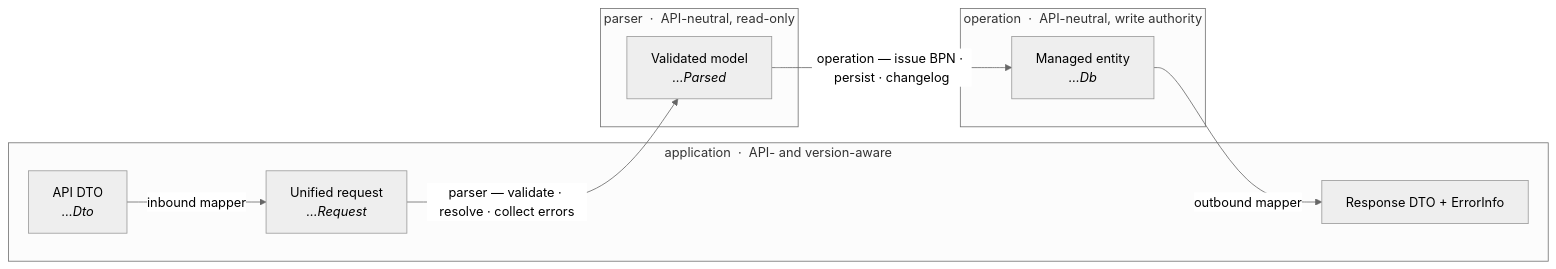
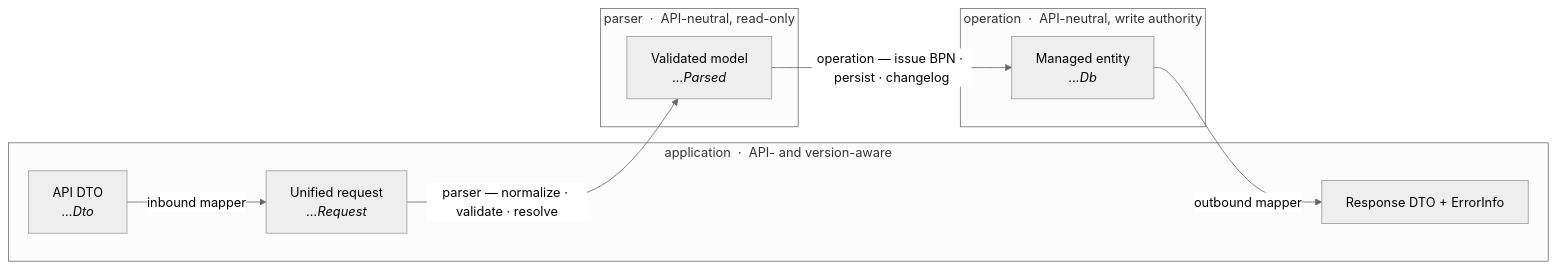
Before and after one commit to eclipse-tractusx/bpdm: the first of 2 diagrams in docs/developer/application-code-guide.md, drawn with Mermaid (neutral theme). The commit also changed other lines of this file and 30 other files, not shown here.

````diff
--- a/docs/developer/application-code-guide.md
+++ b/docs/developer/application-code-guide.md
@@ -49,25 +49,25 @@
 ```mermaid
 flowchart LR
     DTO["API DTO<br/><i>…Dto</i>"]
     REQ["Unified request<br/><i>…Request</i>"]
     PARSED["Validated model<br/><i>…Parsed</i>"]
     DB["Managed entity<br/><i>…Db</i>"]
     OUT["Response DTO + ErrorInfo"]
 
     DTO -->|inbound mapper| REQ
-    REQ -->|"parser — validate · resolve · collect errors"| PARSED
+    REQ -->|"parser — normalize · validate · resolve"| PARSED
     PARSED -->|"operation — issue BPN · persist · changelog"| DB
     DB -->|outbound mapper| OUT
 
     subgraph APP["application &nbsp;·&nbsp; API- and version-aware"]
         DTO
         REQ
         OUT
     end
     subgraph PARSE["parser &nbsp;·&nbsp; API-neutral, read-only"]
         PARSED
     end
     subgraph OP["operation &nbsp;·&nbsp; API-neutral, write authority"]
         DB
     end
 ```
````
